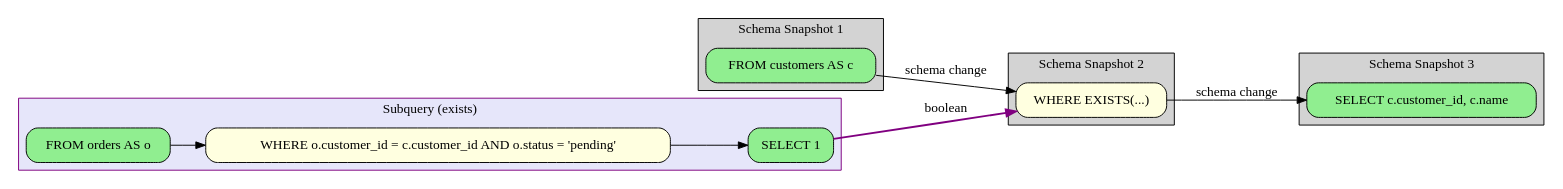
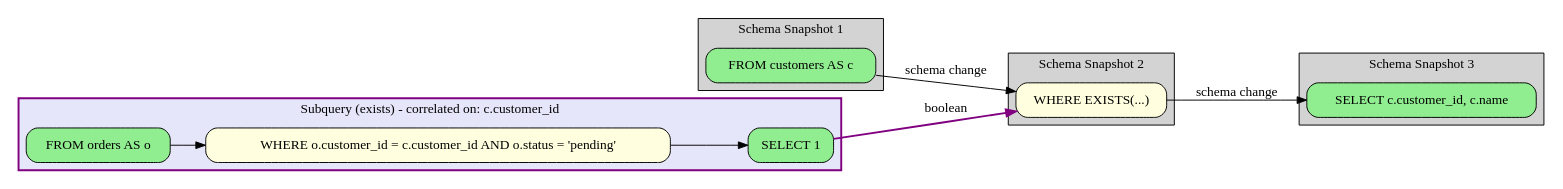
Before and after one commit to rot1024/sqloflow: the diagram in examples/subquery_exists_schema.dot, drawn with Graphviz. The commit also changed 21 other files, not shown here.

Commit message:
feat: support correlated subquery

```diff
--- a/examples/subquery_exists_schema.dot
+++ b/examples/subquery_exists_schema.dot
@@ -1,45 +1,46 @@
 digraph sqloflow {
   rankdir=LR;
   node [shape=box, style=rounded];
 
   // Schema view with snapshots
   subgraph cluster_0 {
     label="Schema Snapshot 1";
     style=filled;
     fillcolor=lightgray;
     // Relations: c
     node_0 [label="FROM customers AS c", fillcolor=lightgreen, style="filled,rounded"];
   }
   subgraph cluster_1 {
     label="Schema Snapshot 2";
     style=filled;
     fillcolor=lightgray;
     // Relations: c, o
     node_1 [label="WHERE EXISTS(...)", fillcolor=lightyellow, style="filled,rounded"];
   }
   subgraph cluster_2 {
     label="Schema Snapshot 3";
     style=filled;
     fillcolor=lightgray;
     // Relations: _result
     node_3 [label="SELECT c.customer_id, c.name", fillcolor=lightgreen, style="filled,rounded"];
   }
 
   // Subquery 1
   subgraph cluster_node_2 {
-    label="Subquery (exists)";
+    label="Subquery (exists) - correlated on: c.customer_id";
     style=filled;
     fillcolor=lavender;
     color=purple;
+    penwidth=2;
     subq_2_node_0 [label="FROM orders AS o", fillcolor=lightgreen, style="filled,rounded"];
     subq_2_node_1 [label="WHERE o.customer_id = c.customer_id AND o.status = 'pending'", fillcolor=lightyellow, style="filled,rounded"];
     subq_2_node_2 [label="SELECT 1", fillcolor=lightgreen, style="filled,rounded"];
     subq_2_node_0 -> subq_2_node_1 [color=black];
     subq_2_node_1 -> subq_2_node_2 [color=black];
   }
   subq_2_node_2 -> node_1 [color=purple, style=bold, label="boolean"];
 
   // Schema transformation edges
   node_0 -> node_1 [color=black, label="schema change"];
   node_1 -> node_3 [color=black, label="schema change"];
 }
```
